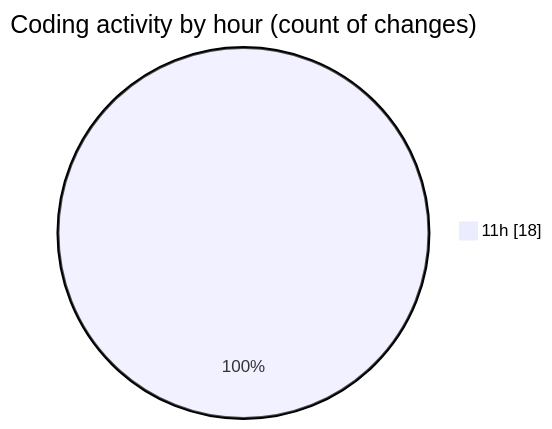
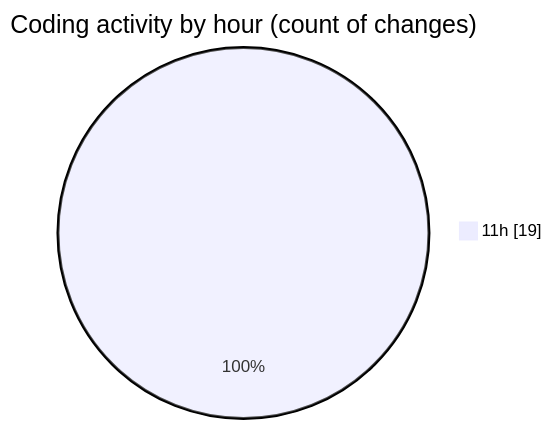
One commit to nxtqubesakshisongat/code-tracking changed the second of 2 diagrams in 2025-08-13/nxtqube_webapp/README.md. Above: the diagram before and after it, drawn with Mermaid. The commit also changed other lines of this file and 1 other file, not shown here.

````diff
--- a/2025-08-13/nxtqube_webapp/README.md
+++ b/2025-08-13/nxtqube_webapp/README.md
@@ -31,5 +32,5 @@
 ```mermaid
 pie showData
 title Coding activity by hour (count of changes)
-"11h" : 18
+"11h" : 19
 ```
````
